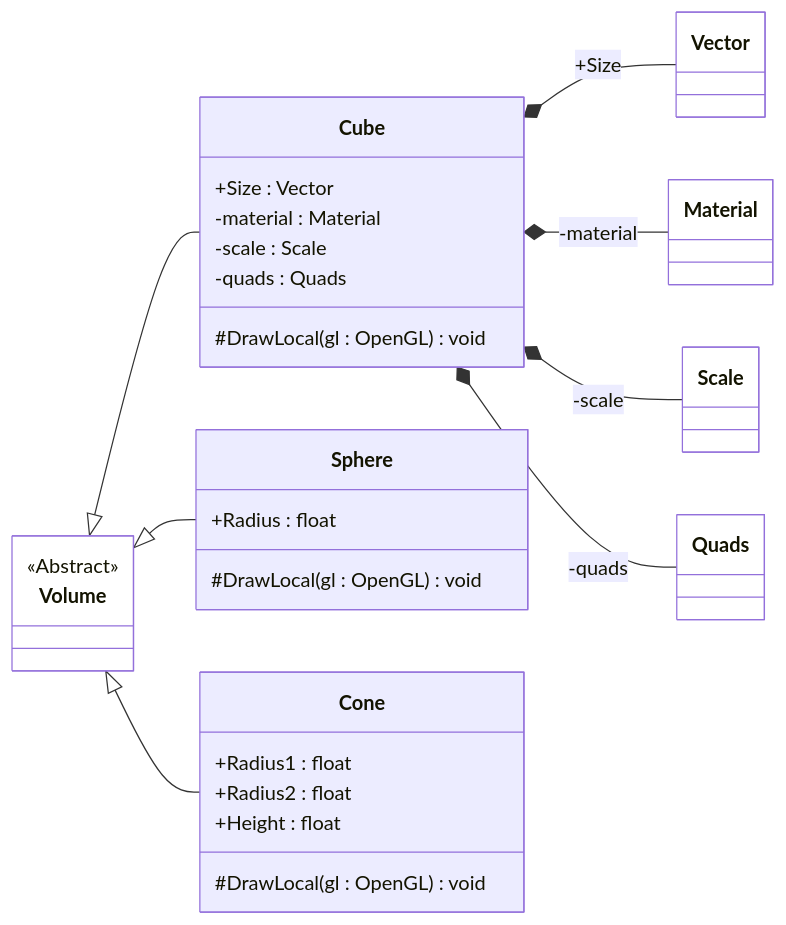
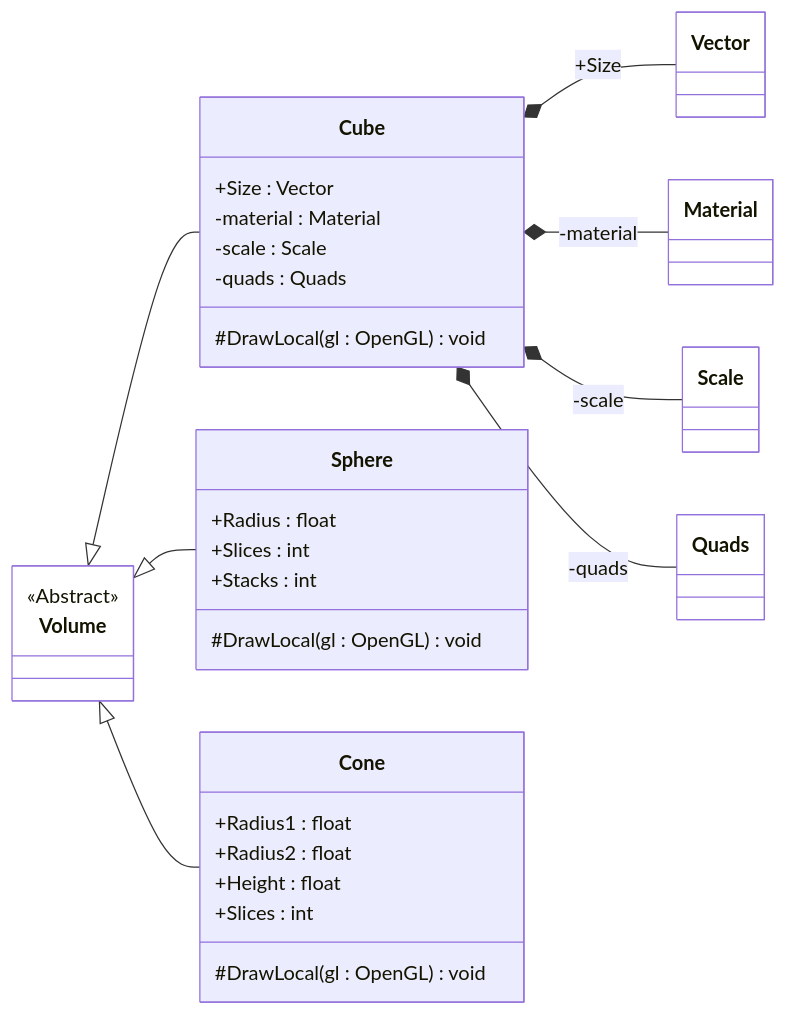
One commit to ghackenberg/kurs-computer-simulation changed the diagram in Quellen/WS25/VorlageSzenengraph3D/Model.Volume.mmd. Above: the diagram before and after it, drawn with Mermaid. The commit also changed 6 other files, not shown here.

```diff
--- a/Quellen/WS25/VorlageSzenengraph3D/Model.Volume.mmd
+++ b/Quellen/WS25/VorlageSzenengraph3D/Model.Volume.mmd
@@ -1,42 +1,45 @@
 classDiagram
 
     direction LR
 
     class Volume {
         <<Abstract>>
     }
 
     class Cube {
         +Size : Vector
         -material : Material
         -scale : Scale
         -quads : Quads
         #DrawLocal(gl : OpenGL) void
     }
 
     class Sphere {
         +Radius : float
+        +Slices : int
+        +Stacks : int
         #DrawLocal(gl : OpenGL) void
     }
 
     class Cone {
         +Radius1 : float
         +Radius2 : float
         +Height : float
+        +Slices : int
         #DrawLocal(gl : OpenGL) void
     }
 
     Volume <|-- Cube
     Volume <|-- Sphere
     Volume <|-- Cone
 
     Cube *-- Vector : +Size
     Cube *-- Material : -material
     Cube *-- Scale : -scale
     Cube *-- Quads : -quads
 
     style Volume fill:white
     style Vector fill:white
     style Material fill:white
     style Scale fill:white
     style Quads fill:white
```
